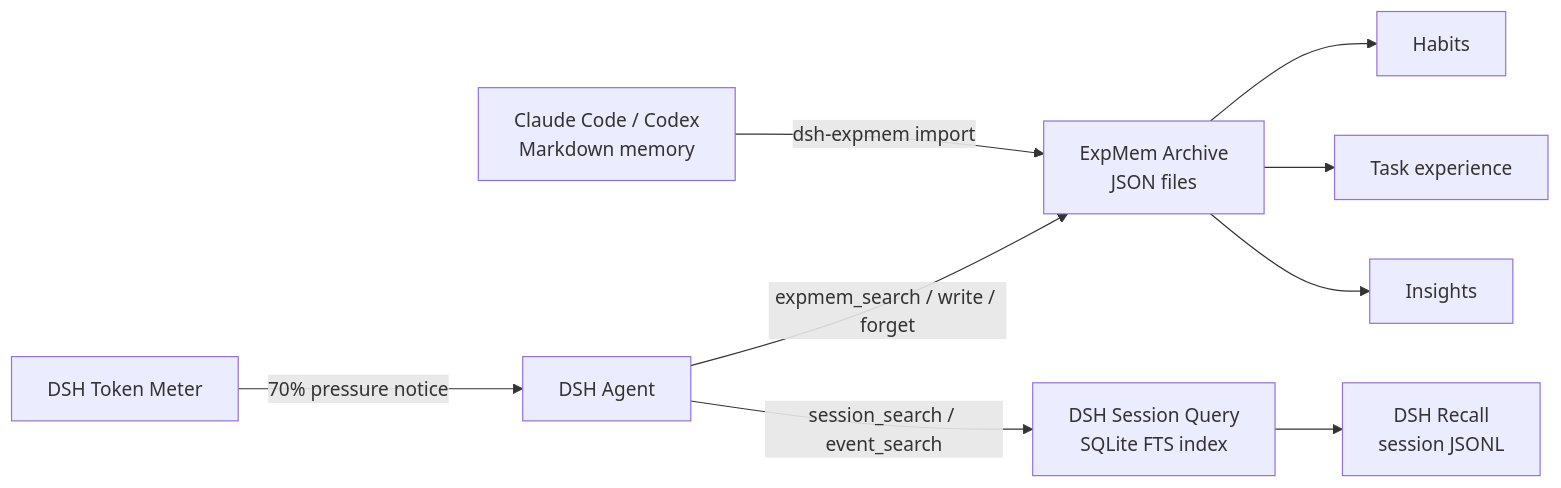
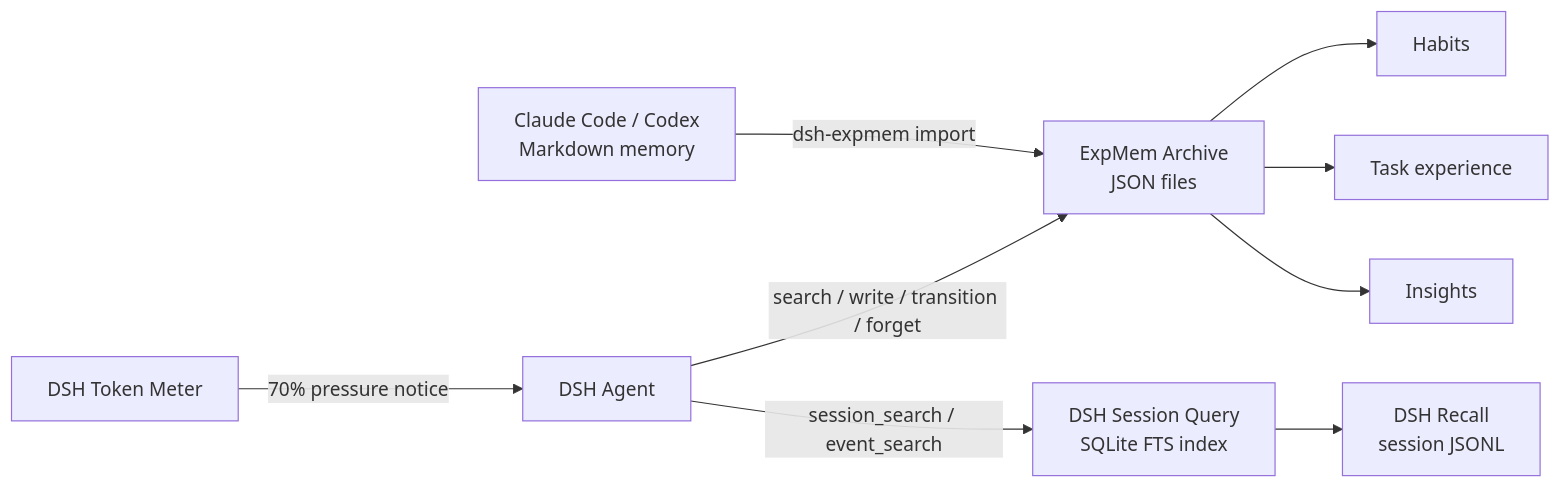
One commit to creativedswork/dsh-expmem changed the diagram in README.md. Above: the diagram before and after it, drawn with Mermaid. The commit also changed other lines of this file and 29 other files, not shown here.

````diff
--- a/README.md
+++ b/README.md
@@ -11,15 +11,15 @@
 ```mermaid
 flowchart LR
   Agent["DSH Agent"]
   Sources["Claude Code / Codex<br/>Markdown memory"]
 
-  Agent -->|"expmem_search / write / forget"| Archive["ExpMem Archive<br/>JSON files"]
+  Agent -->|"search / write / transition / forget"| Archive["ExpMem Archive<br/>JSON files"]
   Agent -->|"session_search / event_search"| Query["DSH Session Query<br/>SQLite FTS index"]
   Meter["DSH Token Meter"] -->|"70% pressure notice"| Agent
   Query --> Recall["DSH Recall<br/>session JSONL"]
   Sources -->|"dsh-expmem import"| Archive
 
   Archive --> Habits["Habits"]
   Archive --> Experience["Task experience"]
   Archive --> Insights["Insights"]
 ```
````
